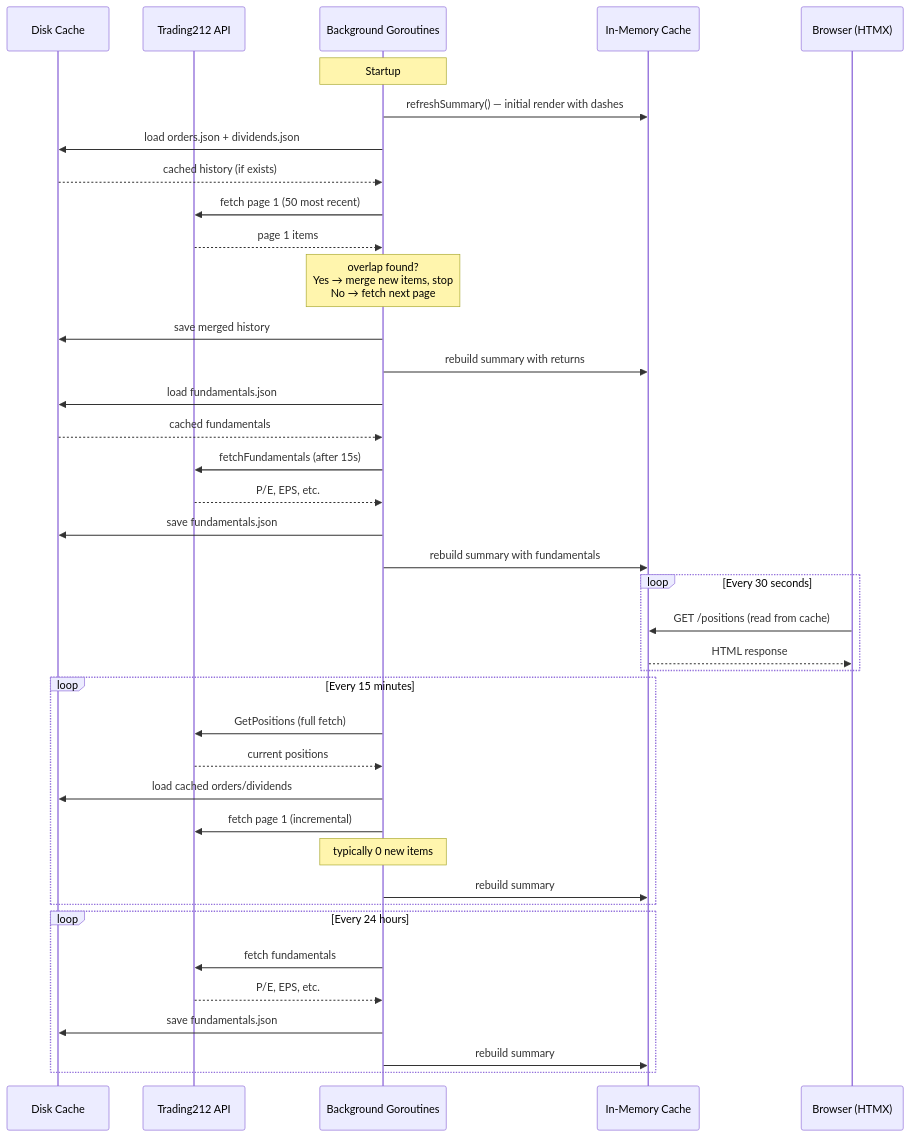
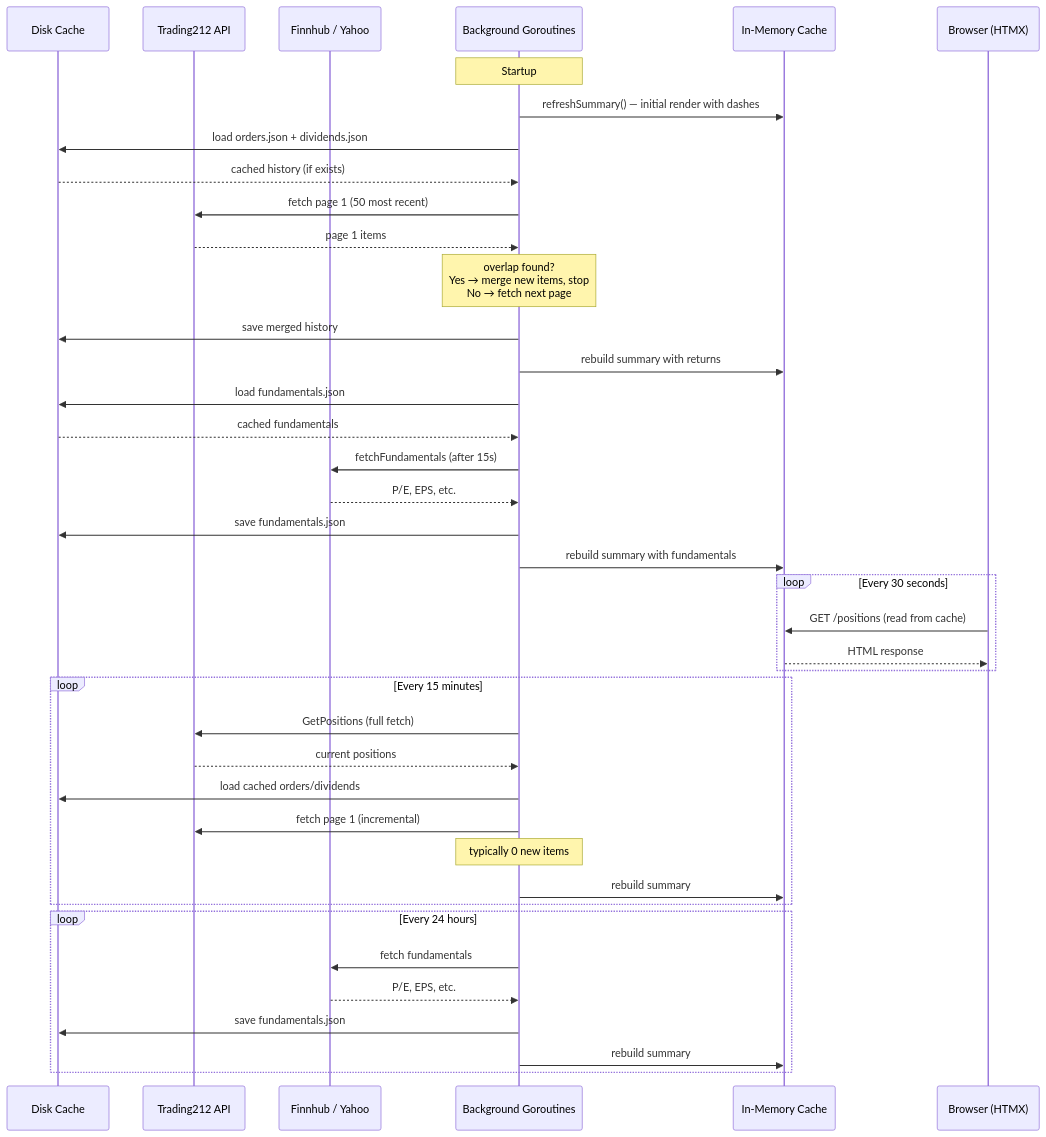
Before and after one commit to ko5tas/t2: the second of 2 diagrams in README.md, drawn with Mermaid. The commit also changed other lines of this file, not shown here.

First line of the commit message:
Update README: fix diagram inaccuracies and document new features (#59)

````diff
--- a/README.md
+++ b/README.md
@@ -161,46 +167,47 @@
 ```mermaid
 sequenceDiagram
     participant Disk as Disk Cache
     participant T212 as Trading212 API
+    participant FH as Finnhub / Yahoo
     participant BG as Background Goroutines
     participant Cache as In-Memory Cache
     participant HTMX as Browser (HTMX)
 
     Note over BG: Startup
     BG->>Cache: refreshSummary() — initial render with dashes
     BG->>Disk: load orders.json + dividends.json
     Disk-->>BG: cached history (if exists)
     BG->>T212: fetch page 1 (50 most recent)
     T212-->>BG: page 1 items
     Note over BG: overlap found?<br/>Yes → merge new items, stop<br/>No → fetch next page
     BG->>Disk: save merged history
     BG->>Cache: rebuild summary with returns
 
     BG->>Disk: load fundamentals.json
     Disk-->>BG: cached fundamentals
-    BG->>T212: fetchFundamentals (after 15s)
-    T212-->>BG: P/E, EPS, etc.
+    BG->>FH: fetchFundamentals (after 15s)
+    FH-->>BG: P/E, EPS, etc.
     BG->>Disk: save fundamentals.json
     BG->>Cache: rebuild summary with fundamentals
 
     loop Every 30 seconds
         HTMX->>Cache: GET /positions (read from cache)
         Cache-->>HTMX: HTML response
     end
 
     loop Every 15 minutes
         BG->>T212: GetPositions (full fetch)
         T212-->>BG: current positions
         BG->>Disk: load cached orders/dividends
         BG->>T212: fetch page 1 (incremental)
         Note over BG: typically 0 new items
         BG->>Cache: rebuild summary
     end
 
     loop Every 24 hours
-        BG->>T212: fetch fundamentals
-        T212-->>BG: P/E, EPS, etc.
+        BG->>FH: fetch fundamentals
+        FH-->>BG: P/E, EPS, etc.
         BG->>Disk: save fundamentals.json
         BG->>Cache: rebuild summary
     end
 ```
````
